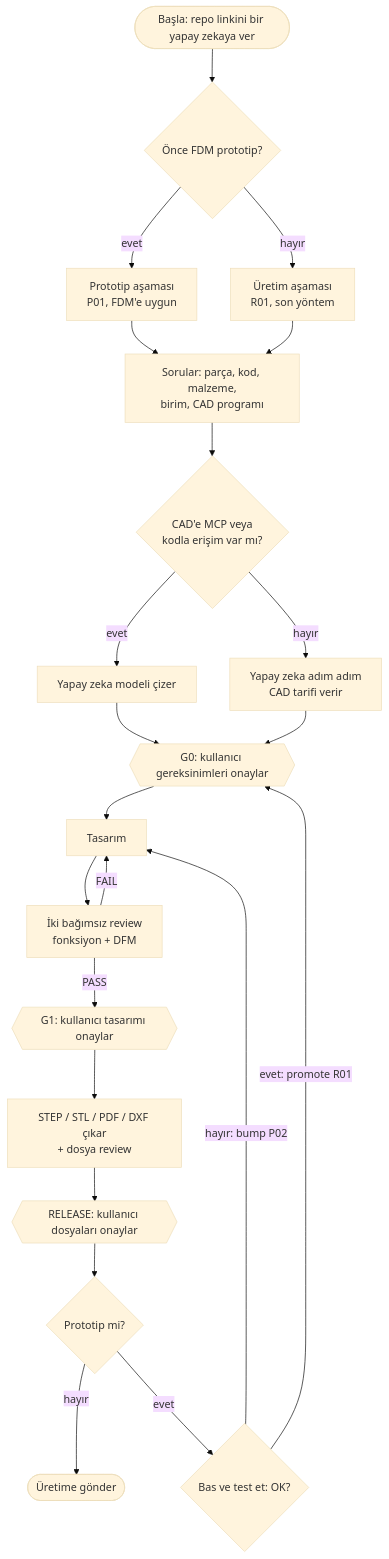
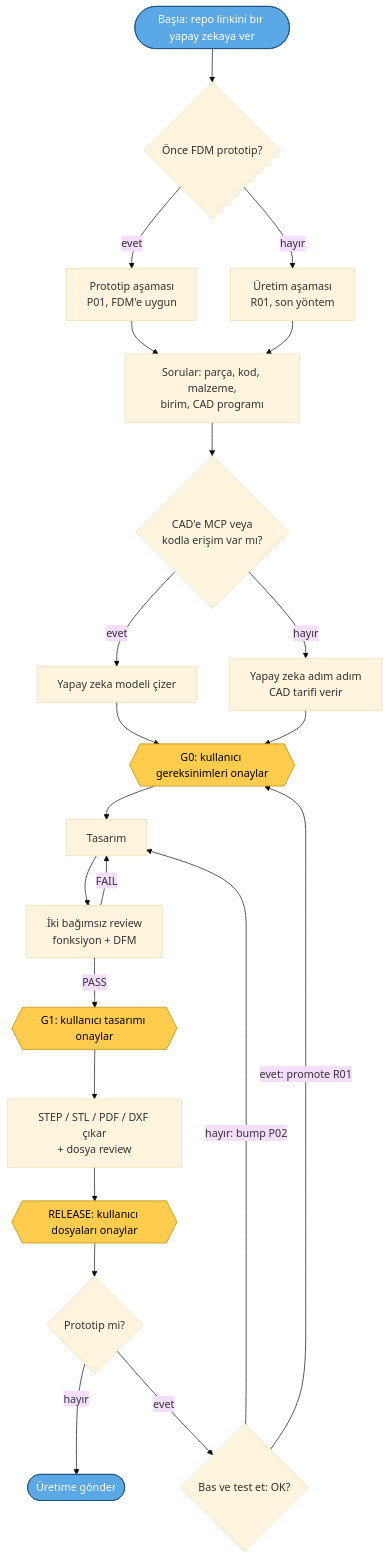
The first of 5 diagrams in README.tr.md (d0ukan/cad-for-anything), drawn with Mermaid (base theme) before and after one commit. The commit also changed other lines of this file and 6 other files, not shown here.

Commit message:
v0.4.1: one session with sub-agents (ROL-09), visual READMEs (banner, badges, diagrams)

````diff
--- a/README.tr.md
+++ b/README.tr.md
@@ -42,24 +58,28 @@
 ```mermaid
 flowchart TD
     A([Başla: repo linkini bir yapay zekaya ver]) --> B{Önce FDM prototip?}
     B -- evet --> P[Prototip aşaması<br/>P01, FDM'e uygun]
     B -- hayır --> R[Üretim aşaması<br/>R01, son yöntem]
     P --> Q
     R --> Q
     Q[Sorular: parça, kod, malzeme,<br/>birim, CAD programı] --> C{CAD'e MCP veya<br/>kodla erişim var mı?}
     C -- evet --> C1[Yapay zeka modeli çizer]
     C -- hayır --> C2[Yapay zeka adım adım<br/>CAD tarifi verir]
     C1 --> G0
     C2 --> G0
     G0{{G0: kullanıcı gereksinimleri onaylar}} --> D[Tasarım]
     D --> RV[İki bağımsız review<br/>fonksiyon + DFM]
     RV -- FAIL --> D
     RV -- PASS --> G1{{G1: kullanıcı tasarımı onaylar}}
     G1 --> E[STEP / STL / PDF / DXF çıkar<br/>+ dosya review]
     E --> REL{{RELEASE: kullanıcı dosyaları onaylar}}
     REL --> T{Prototip mi?}
     T -- hayır --> DONE([Üretime gönder])
     T -- evet --> PT{Bas ve test et: OK?}
     PT -- "hayır: bump P02" --> D
     PT -- "evet: promote R01" --> G0
+    classDef gate fill:#ffcc4d,stroke:#b38600,color:#000
+    classDef done fill:#5aa9e6,stroke:#1d4f7a,color:#fff
+    class G0,G1,REL gate
+    class A,DONE done
 ```
````
